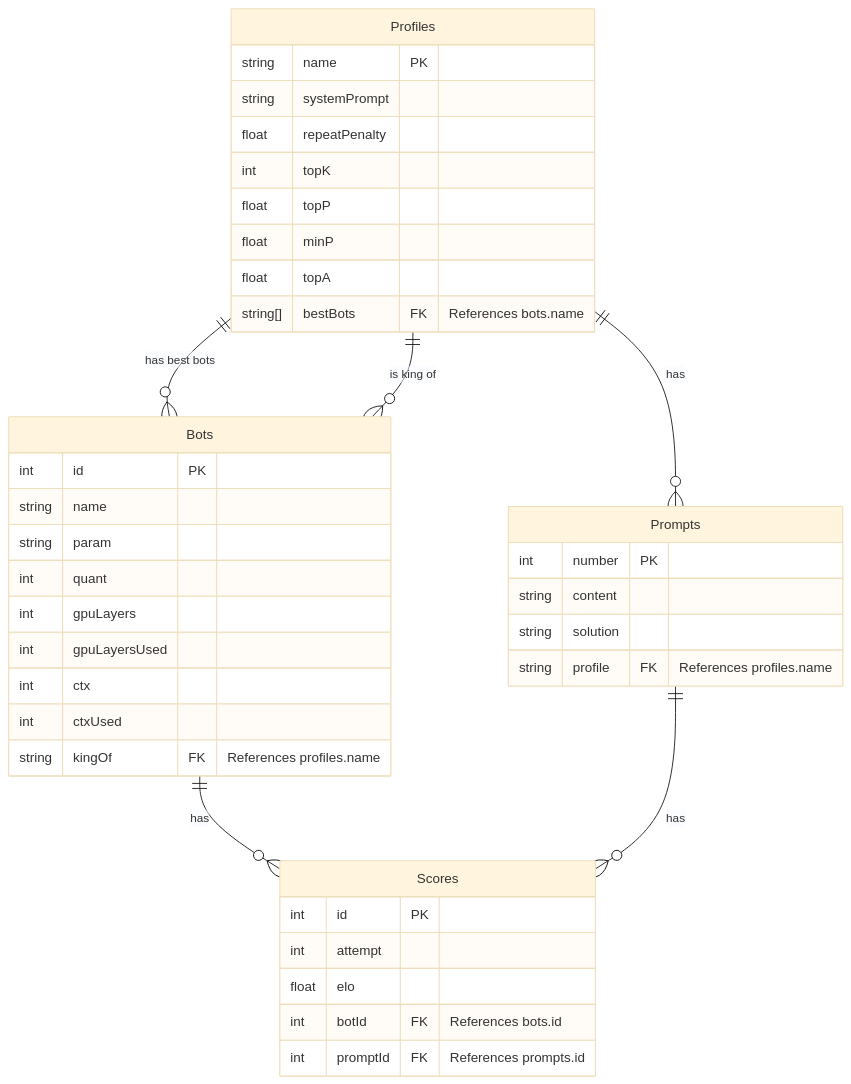
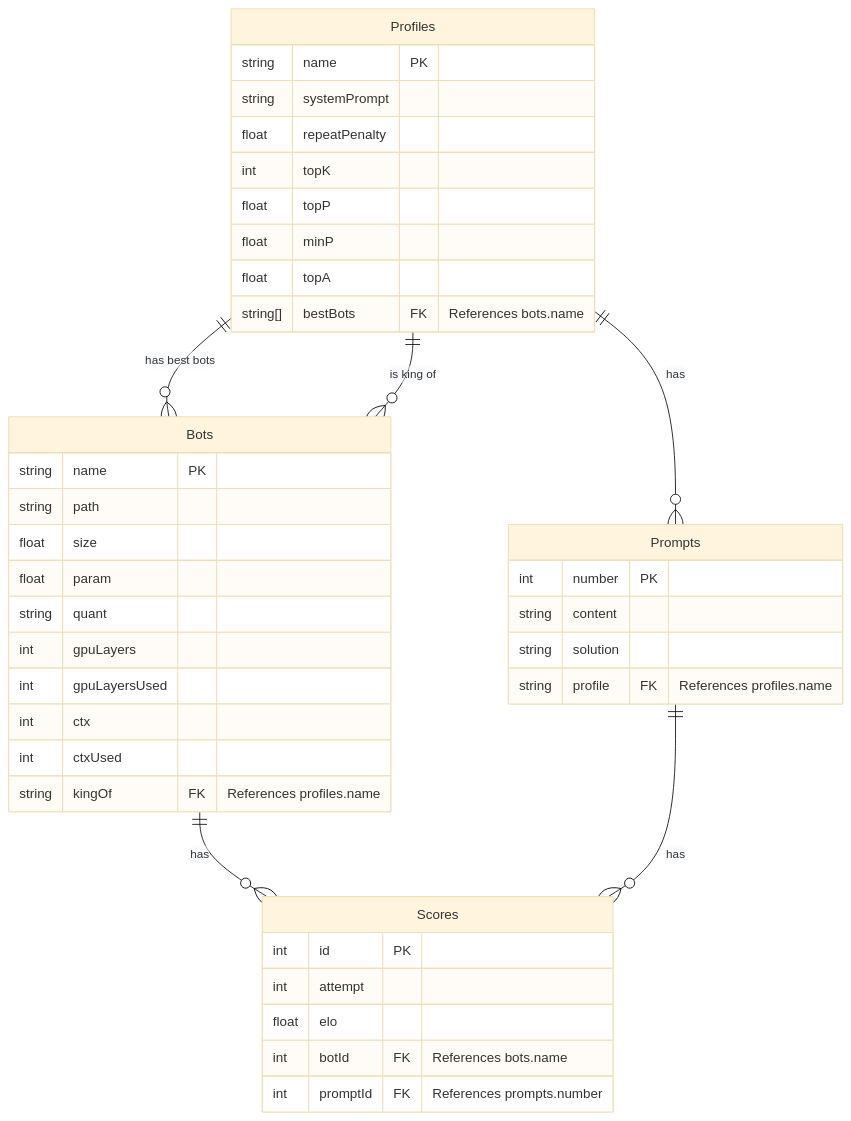
The diagram in preliminary_design.md (lavantien/llm_tournament), drawn with Mermaid (base theme) before and after one commit. The commit also changed other lines of this file and 8 other files, not shown here.

````diff
--- a/preliminary_design.md
+++ b/preliminary_design.md
@@ -12,46 +12,47 @@
 ```mermaid
 erDiagram
     Bots {
-        int id PK
-        string name
-        string param
-        int quant
+        string name PK
+        string path
+        float size
+        float param
+        string quant
         int gpuLayers
         int gpuLayersUsed
         int ctx
         int ctxUsed
         string kingOf FK "References profiles.name"
     }
 
     Profiles {
         string name PK
         string systemPrompt
         float repeatPenalty
         int topK
         float topP
         float minP
         float topA
         string[] bestBots FK "References bots.name"
     }
 
     Prompts {
         int number PK
         string content
         string solution
         string profile FK "References profiles.name"
     }
 
     Scores {
         int id PK
         int attempt
         float elo
-        int botId FK "References bots.id"
-        int promptId FK "References prompts.id"
+        int botId FK "References bots.name"
+        int promptId FK "References prompts.number"
     }
 
     Bots ||--o{ Scores : "has"
     Prompts ||--o{ Scores : "has"
     Profiles ||--o{ Prompts : "has"
     Profiles ||--o{ Bots : "has best bots"
     Profiles ||--o{ Bots : "is king of"
 ```
````
